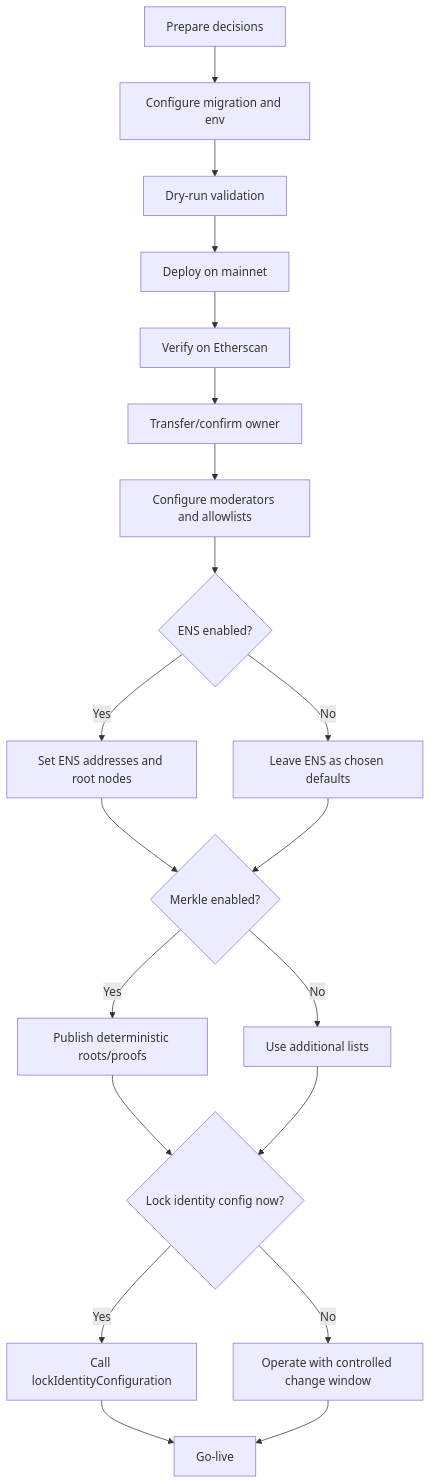
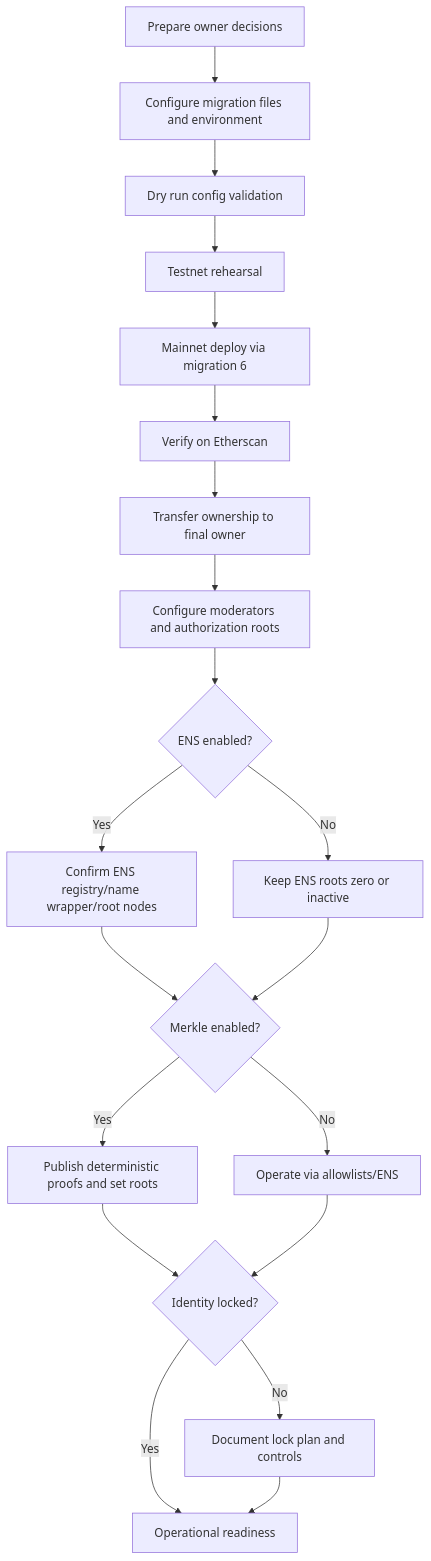
The first of 4 diagrams in docs/DEPLOYMENT/OWNER_MAINNET_DEPLOYMENT_AND_OPERATIONS_GUIDE.md (MontrealAI/AGIJobManager), drawn with Mermaid before and after one commit. The commit also changed other lines of this file and 1 other file, not shown here.

Commit message:
docs: rewrite owner mainnet deployment and operations guide

````diff
--- a/docs/DEPLOYMENT/OWNER_MAINNET_DEPLOYMENT_AND_OPERATIONS_GUIDE.md
+++ b/docs/DEPLOYMENT/OWNER_MAINNET_DEPLOYMENT_AND_OPERATIONS_GUIDE.md
@@ -65,22 +93,22 @@
 ```mermaid
 flowchart TD
-  A[Prepare decisions] --> B[Configure migration and env]
-  B --> C[Dry-run validation]
-  C --> D[Deploy on mainnet]
-  D --> E[Verify on Etherscan]
-  E --> F[Transfer/confirm owner]
-  F --> G[Configure moderators and allowlists]
-  G --> H{ENS enabled?}
-  H -- Yes --> H1[Set ENS addresses and root nodes]
-  H -- No --> H2[Leave ENS as chosen defaults]
-  H1 --> I{Merkle enabled?}
-  H2 --> I
-  I -- Yes --> I1[Publish deterministic roots/proofs]
-  I -- No --> I2[Use additional lists]
-  I1 --> J{Lock identity config now?}
+  A[Prepare owner decisions] --> B[Configure migration files and environment]
+  B --> C[Dry run config validation]
+  C --> D[Testnet rehearsal]
+  D --> E[Mainnet deploy via migration 6]
+  E --> F[Verify on Etherscan]
+  F --> G[Transfer ownership to final owner]
+  G --> H[Configure moderators and authorization roots]
+  H --> I{ENS enabled?}
+  I -- Yes --> I1[Confirm ENS registry/name wrapper/root nodes]
+  I -- No --> I2[Keep ENS roots zero or inactive]
+  I1 --> J{Merkle enabled?}
   I2 --> J
-  J -- Yes --> K[Call lockIdentityConfiguration]
-  J -- No --> L[Operate with controlled change window]
-  K --> M[Go-live]
-  L --> M
+  J -- Yes --> J1[Publish deterministic proofs and set roots]
+  J -- No --> J2[Operate via allowlists/ENS]
+  J1 --> K{Identity locked?}
+  J2 --> K
+  K -- Yes --> L[Operational readiness]
+  K -- No --> M[Document lock plan and controls]
+  M --> L
 ```
````
